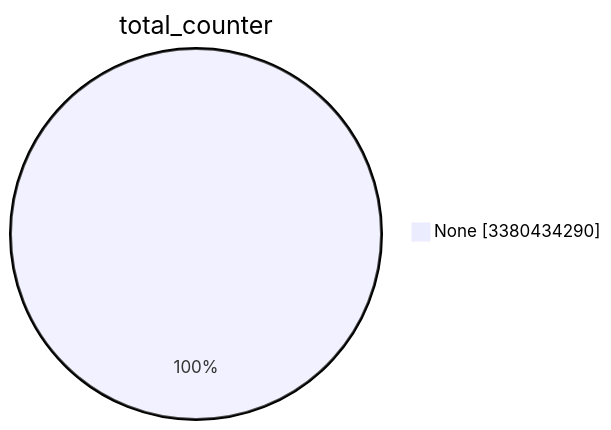
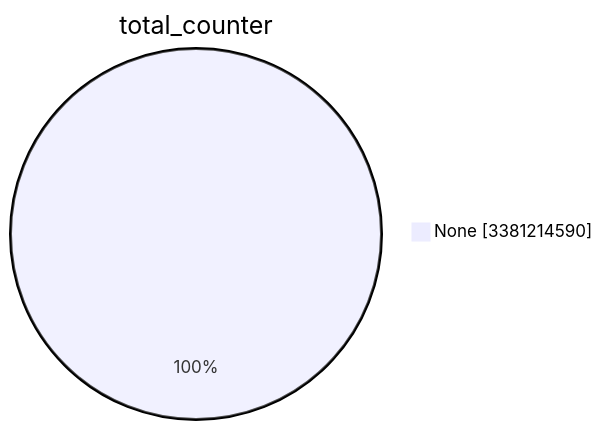
Before and after one commit to christiankrug/ctmonitor_visualization: the first of 15 diagrams in TOTAL/README.md, drawn with Mermaid. The commit also changed other lines of this file, not shown here.

````diff
--- a/TOTAL/README.md
+++ b/TOTAL/README.md
@@ -1,5 +1,5 @@
 ```mermaid
 pie showData
 title total_counter
-"None" :3380434290
+"None" :3381214590
 ```
````
